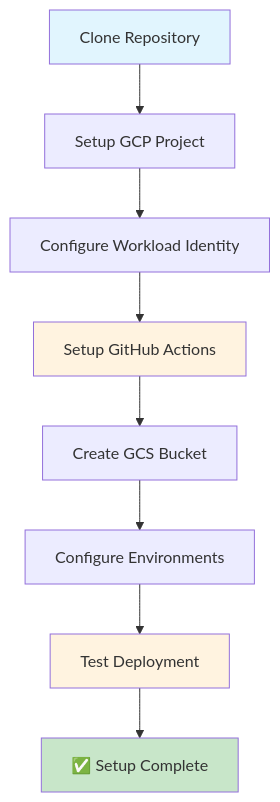
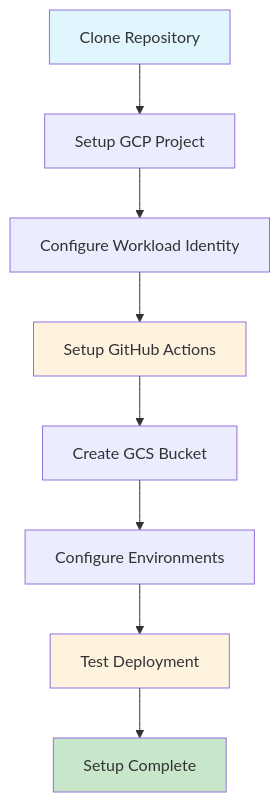
The diagram in SETUP_GUIDE.md (paraskanwarit/das-l4-infra-np), drawn with Mermaid before and after one commit. The commit also changed other lines of this file and 10 other files, not shown here.

````diff
--- a/SETUP_GUIDE.md
+++ b/SETUP_GUIDE.md
@@ -22,15 +22,15 @@
 ```mermaid
 graph TD
     A[Clone Repository] --> B[Setup GCP Project]
     B --> C[Configure Workload Identity]
     C --> D[Setup GitHub Actions]
     D --> E[Create GCS Bucket]
     E --> F[Configure Environments]
     F --> G[Test Deployment]
-    G --> H[✅ Setup Complete]
+    G --> H[ Setup Complete]
     
     style A fill:#e1f5fe
     style H fill:#c8e6c9
     style D fill:#fff3e0
     style G fill:#fff3e0
 ```
````
